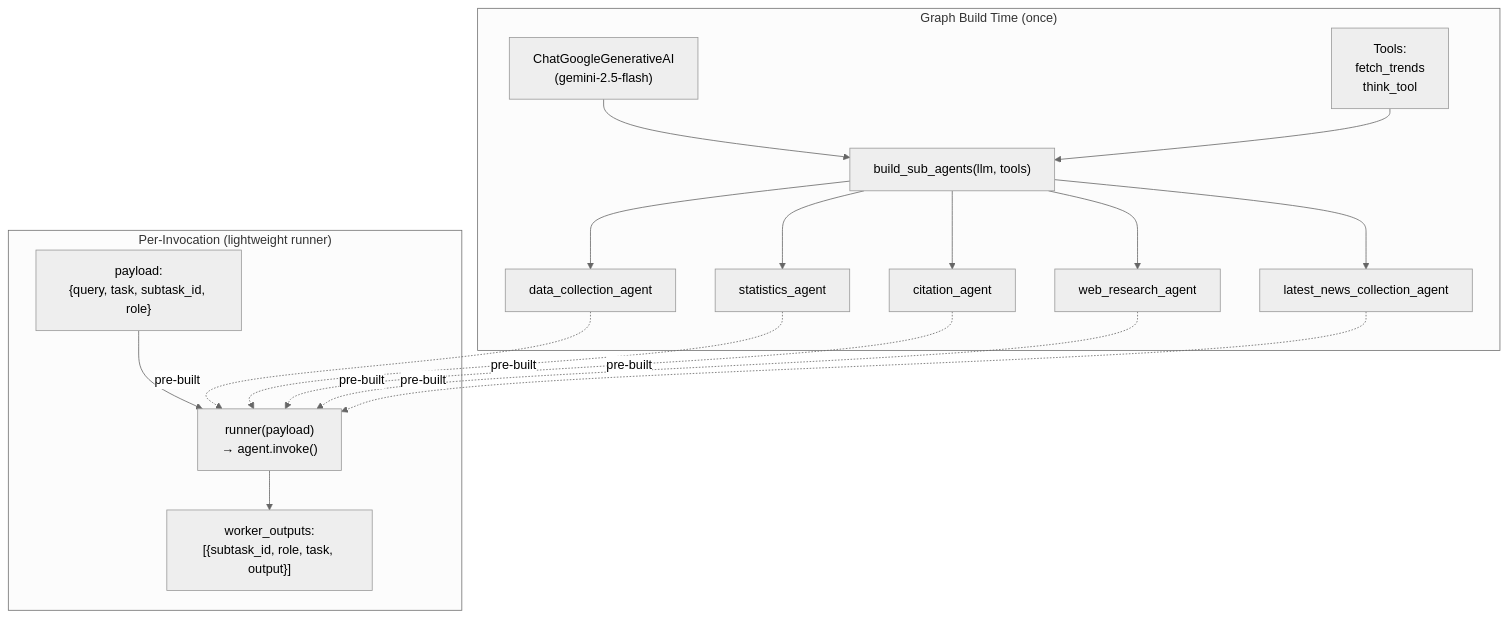
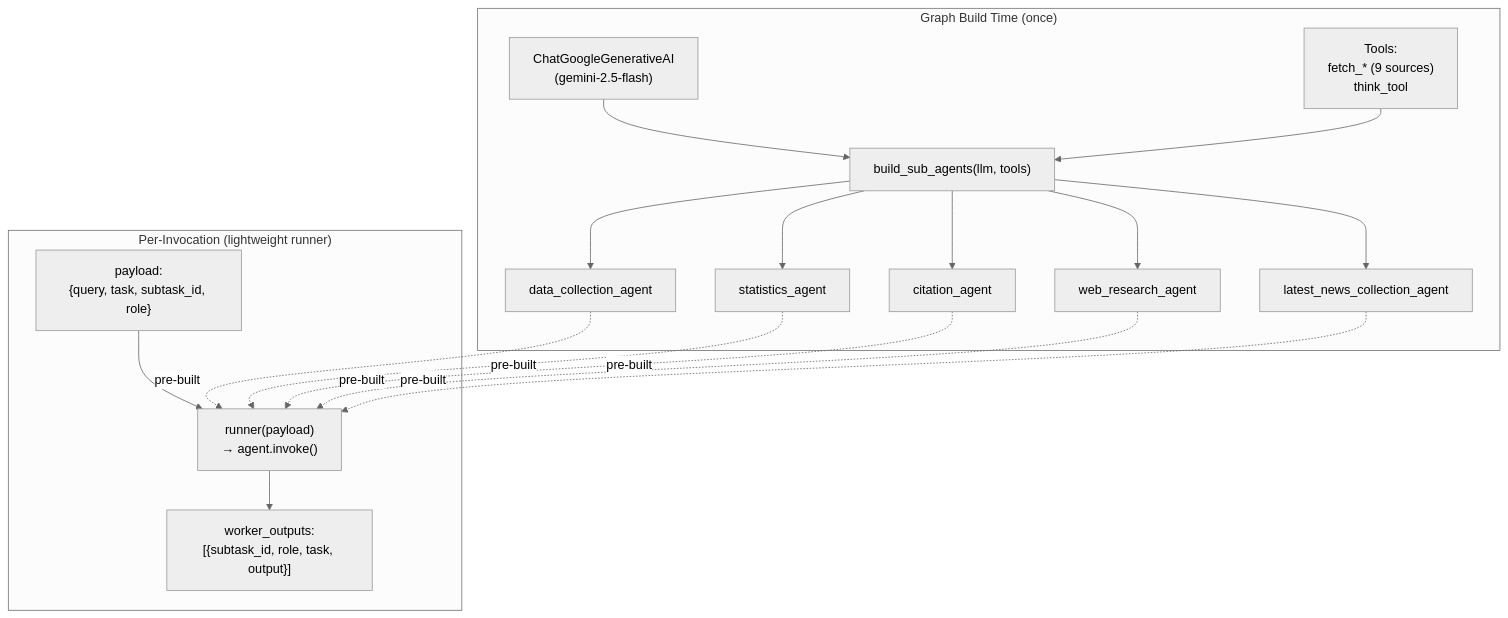
The fifth of 8 diagrams in backend/docs/LANGGRAPH_WORKFLOW.md (nishant5790/aion-ai-research), drawn with Mermaid (neutral theme) before and after one commit. The commit also changed other lines of this file and 3 other files, not shown here.

````diff
--- a/backend/docs/LANGGRAPH_WORKFLOW.md
+++ b/backend/docs/LANGGRAPH_WORKFLOW.md
@@ -197,31 +207,31 @@
 ```mermaid
 flowchart TD
     subgraph BUILD_TIME ["Graph Build Time (once)"]
         LLM["ChatGoogleGenerativeAI<br/>(gemini-2.5-flash)"]
-        TOOLS["Tools:<br/>fetch_trends<br/>think_tool"]
+        TOOLS["Tools:<br/>fetch_* (9 sources)<br/>think_tool"]
         BUILD["build_sub_agents(llm, tools)"]
 
         LLM --> BUILD
         TOOLS --> BUILD
 
         BUILD --> A1["data_collection_agent"]
         BUILD --> A2["statistics_agent"]
         BUILD --> A3["citation_agent"]
         BUILD --> A4["web_research_agent"]
         BUILD --> A5["latest_news_collection_agent"]
     end
 
     subgraph RUN_TIME ["Per-Invocation (lightweight runner)"]
         P["payload:<br/>{query, task, subtask_id, role}"]
         R["runner(payload)<br/>→ agent.invoke()"]
         O["worker_outputs:<br/>[{subtask_id, role, task, output}]"]
 
         P --> R --> O
     end
 
     A1 -.->|"pre-built"| R
     A2 -.->|"pre-built"| R
     A3 -.->|"pre-built"| R
     A4 -.->|"pre-built"| R
     A5 -.->|"pre-built"| R
 ```
````
